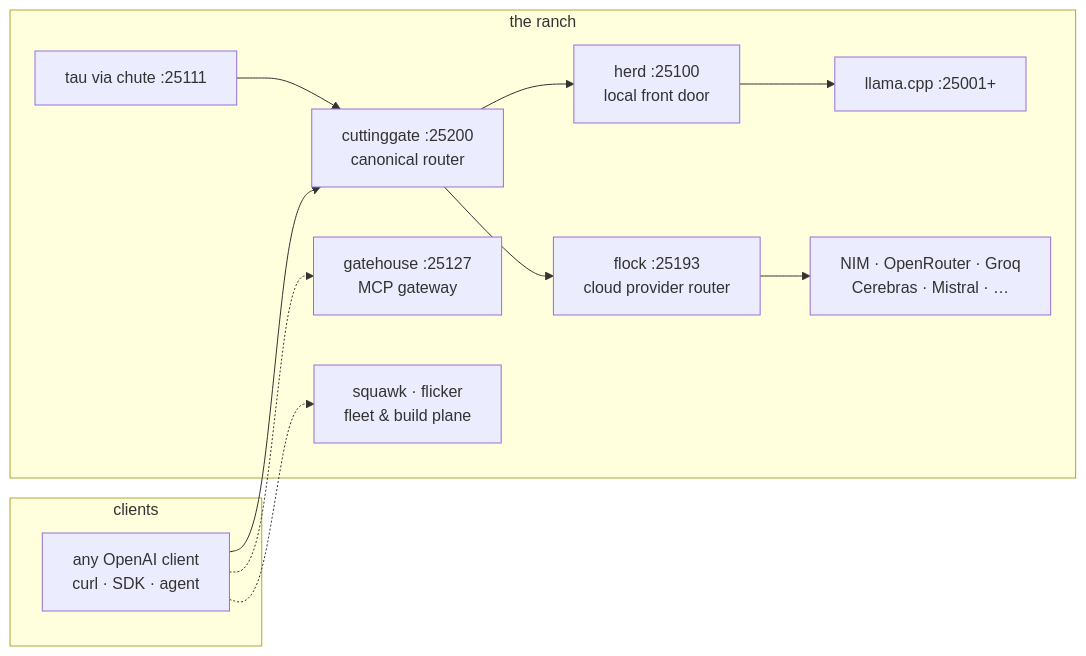
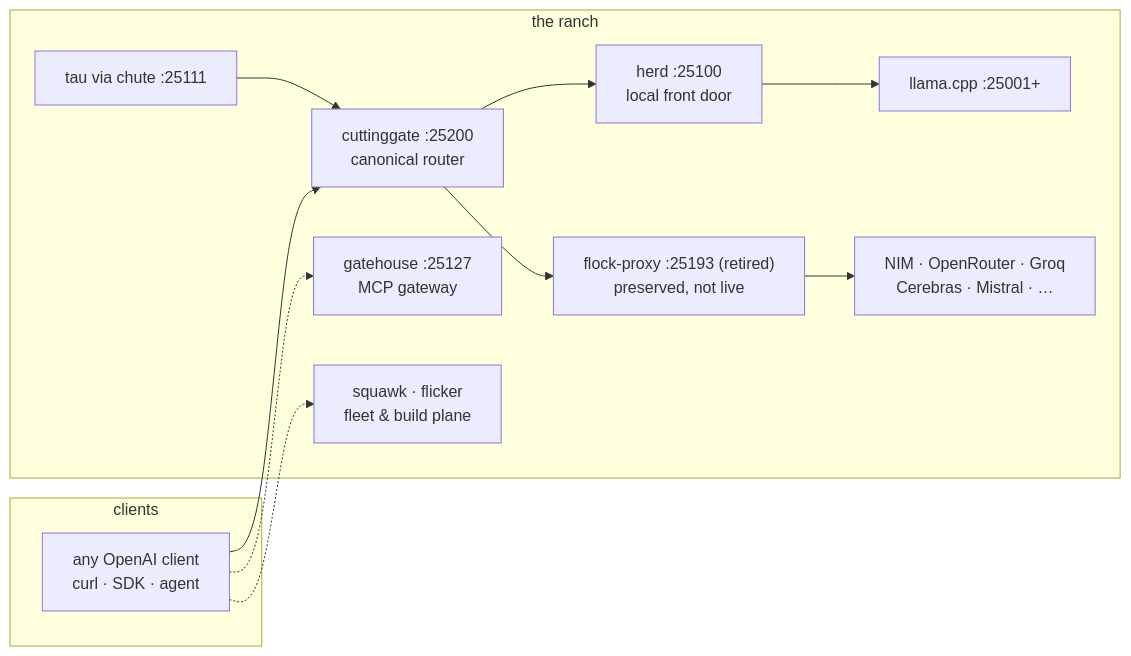
The diagram in README.md (toxicwind/ranch), drawn with Mermaid before and after one commit. The commit also changed other lines of this file and 5 other files, not shown here.

First line of the commit message:
mesh: herd/router script paths, router retired banner, README health rows

````diff
--- a/README.md
+++ b/README.md
@@ -153,24 +152,24 @@
 ```mermaid
 flowchart LR
     subgraph clients["clients"]
         A["any OpenAI client<br/>curl · SDK · agent"]
     end
     subgraph ranch["the ranch"]
         CG["cuttinggate :25200<br/>canonical router"]
         HERD["herd :25100<br/>local front door"]
-        FLOCK["flock :25193<br/>cloud provider router"]
+        FLOCK["flock-proxy :25193 (retired)<br/>preserved, not live"]
         ENG["llama.cpp :25001+"]
         CLOUD["NIM · OpenRouter · Groq<br/>Cerebras · Mistral · …"]
         TAU["tau via chute :25111"]
         GH["gatehouse :25127<br/>MCP gateway"]
         SUP["squawk · flicker<br/>fleet & build plane"]
     end
     A --> CG
     TAU --> CG
     CG --> HERD
     CG --> FLOCK
     HERD --> ENG
     FLOCK --> CLOUD
     A -.-> GH
     A -.-> SUP
 ```
````
